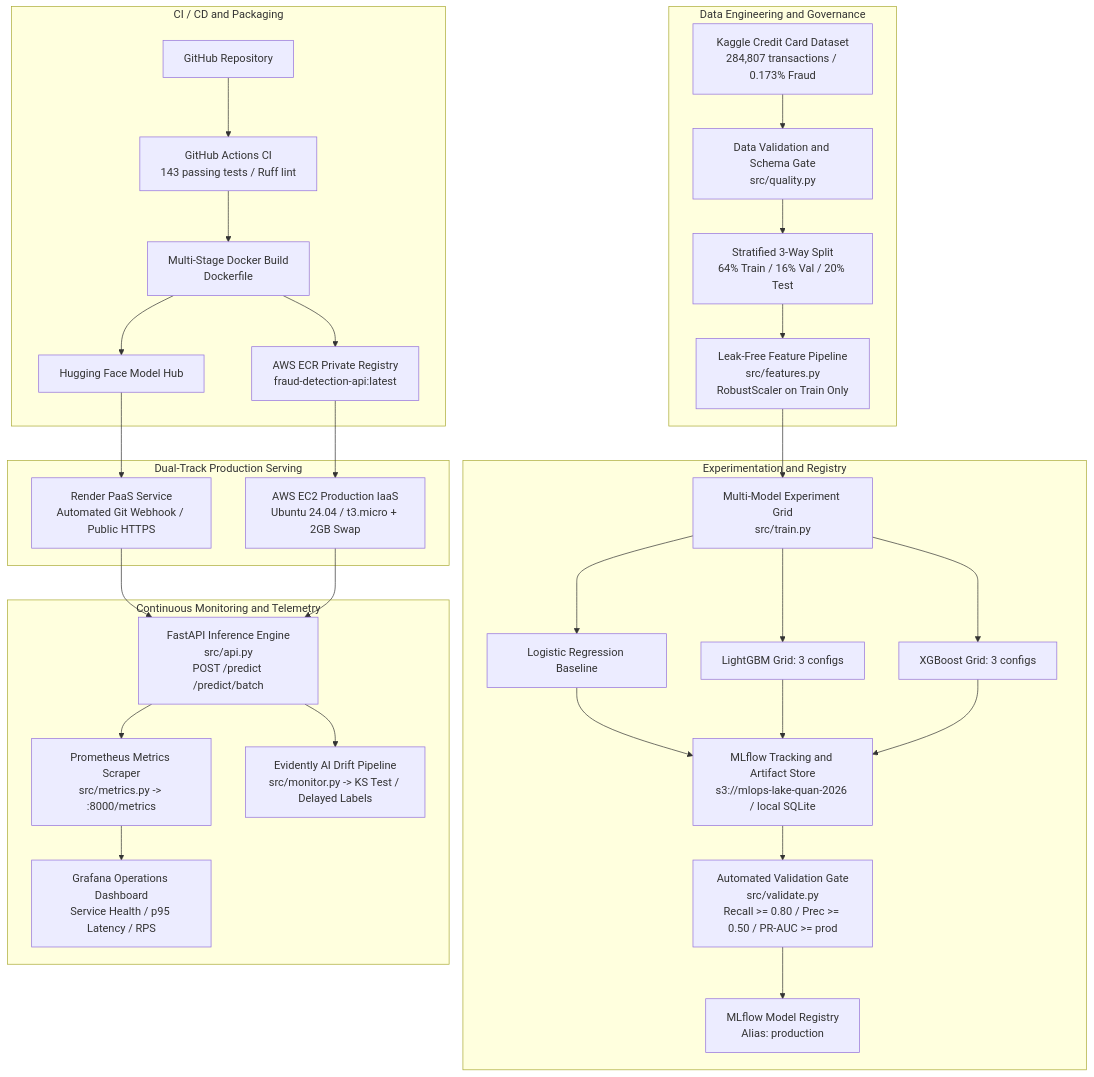
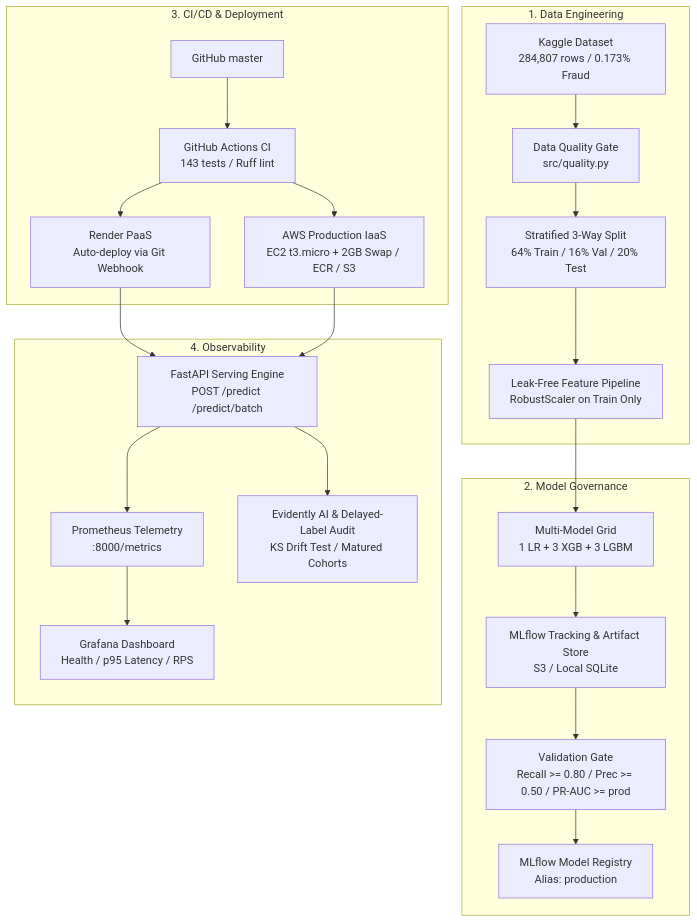
The diagram in README.md (anhquan1111/mlops-fraud-detection), drawn with Mermaid before and after one commit. The commit also changed other lines of this file and 2 other files, not shown here.

Commit message:
docs: streamline README length, update dashboard demo asset to bust CDN cache

````diff
--- a/README.md
+++ b/README.md
@@ -82,57 +41,43 @@
 ```mermaid
 flowchart TD
-    subgraph DataLayer [Data Engineering and Governance]
-        A[Kaggle Credit Card Dataset
-284,807 transactions / 0.173% Fraud] --> B[Data Validation and Schema Gate
+    subgraph Data [1. Data Engineering]
+        A[Kaggle Dataset
+284,807 rows / 0.173% Fraud] --> B[Data Quality Gate
 src/quality.py]
         B --> C[Stratified 3-Way Split
 64% Train / 16% Val / 20% Test]
         C --> D[Leak-Free Feature Pipeline
-src/features.py
 RobustScaler on Train Only]
     end
 
-    subgraph TrainingPipeline [Experimentation and Registry]
-        D --> E[Multi-Model Experiment Grid
-src/train.py]
-        E --> E1[Logistic Regression Baseline]
-        E --> E2[LightGBM Grid: 3 configs]
-        E --> E3[XGBoost Grid: 3 configs]
-        E1 & E2 & E3 --> F[MLflow Tracking and Artifact Store
-s3://mlops-lake-quan-2026 / local SQLite]
-        F --> G[Automated Validation Gate
-src/validate.py
+    subgraph Training [2. Model Governance]
+        D --> E[Multi-Model Grid
+1 LR + 3 XGB + 3 LGBM]
+        E --> F[MLflow Tracking & Artifact Store
+S3 / Local SQLite]
+        F --> G[Validation Gate
 Recall >= 0.80 / Prec >= 0.50 / PR-AUC >= prod]
         G --> H[MLflow Model Registry
 Alias: production]
     end
 
-    subgraph CICD [CI / CD and Packaging]
-        I[GitHub Repository] --> J[GitHub Actions CI
-143 passing tests / Ruff lint]
-        J --> K[Multi-Stage Docker Build
-Dockerfile]
-        K --> L1[AWS ECR Private Registry
-fraud-detection-api:latest]
-        K --> L2[Hugging Face Model Hub]
+    subgraph CICD [3. CI/CD & Deployment]
+        I[GitHub master] --> J[GitHub Actions CI
+143 tests / Ruff lint]
+        J --> K1[Render PaaS
+Auto-deploy via Git Webhook]
+        J --> K2[AWS Production IaaS
+EC2 t3.micro + 2GB Swap / ECR / S3]
     end
 
-    subgraph Deployment [Dual-Track Production Serving]
-        L2 --> M1[Render PaaS Service
-Automated Git Webhook / Public HTTPS]
-        L1 --> M2[AWS EC2 Production IaaS
-Ubuntu 24.04 / t3.micro + 2GB Swap]
-    end
-
-    subgraph Observability [Continuous Monitoring and Telemetry]
-        M1 & M2 --> N[FastAPI Inference Engine
-src/api.py
+    subgraph Monitoring [4. Observability]
+        K1 & K2 --> L[FastAPI Serving Engine
 POST /predict /predict/batch]
-        N --> O[Prometheus Metrics Scraper
-src/metrics.py -> :8000/metrics]
-        O --> P[Grafana Operations Dashboard
-Service Health / p95 Latency / RPS]
-        N --> Q[Evidently AI Drift Pipeline
-src/monitor.py -> KS Test / Delayed Labels]
+        L --> M[Prometheus Telemetry
+:8000/metrics]
+        M --> N[Grafana Dashboard
+Health / p95 Latency / RPS]
+        L --> O[Evidently AI & Delayed-Label Audit
+KS Drift Test / Matured Cohorts]
     end
 ```
````
